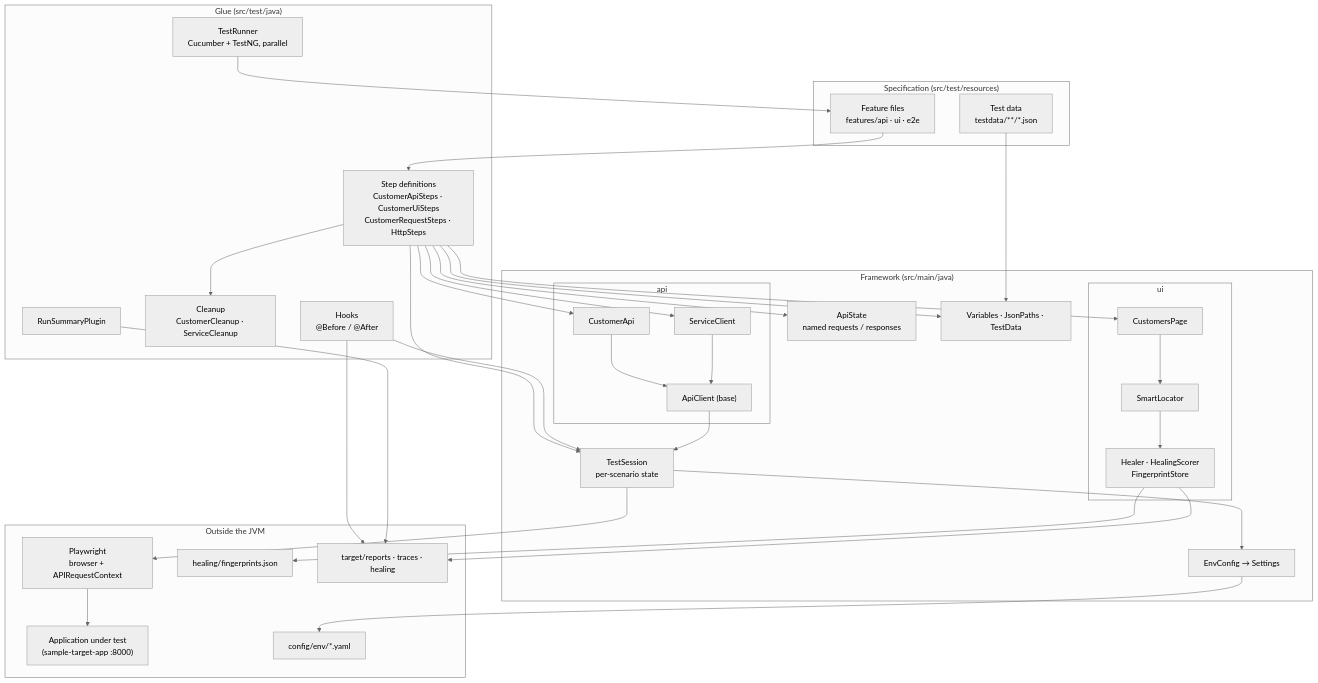
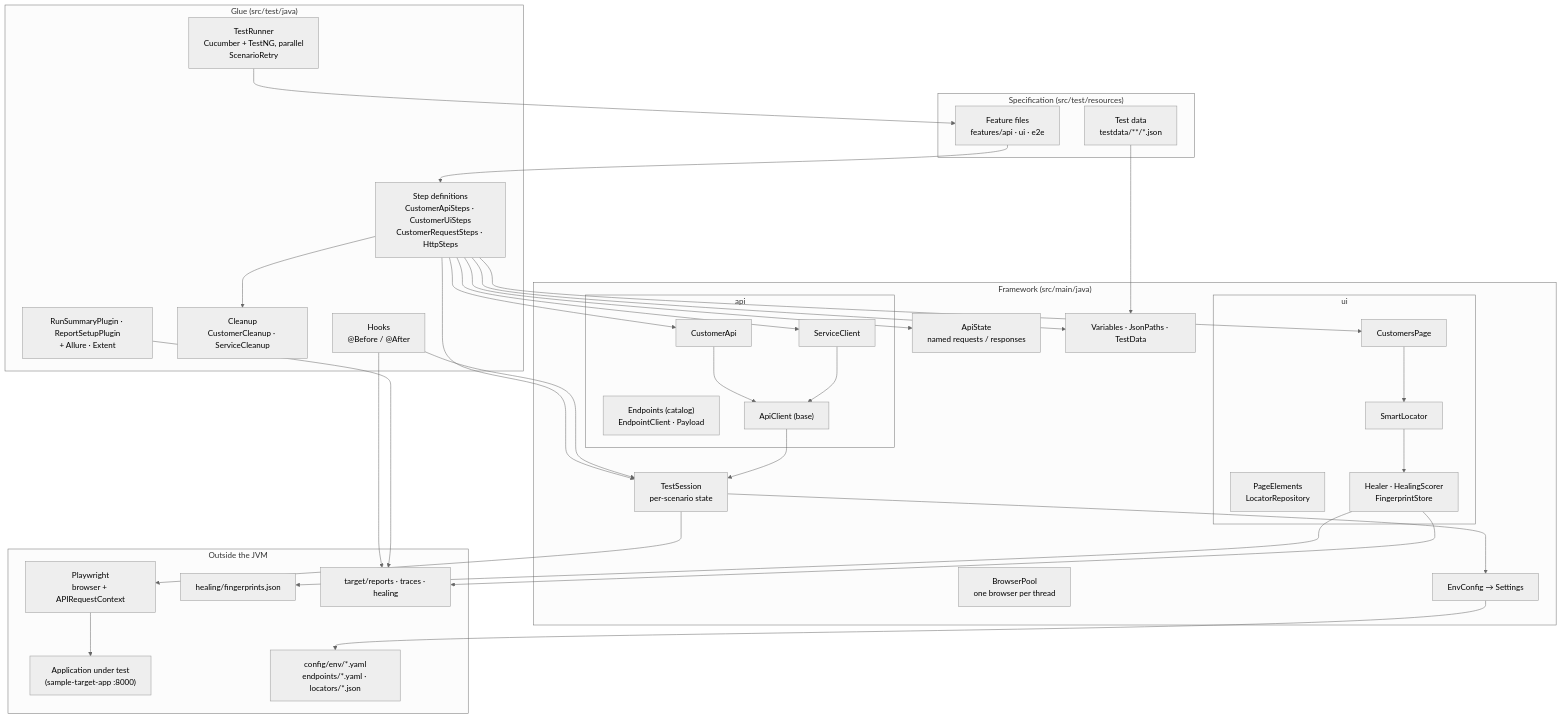
One commit to JayeshKumud/agentic-qa-java changed the first of 7 diagrams in docs/architecture.md. Above: the diagram before and after it, drawn with Mermaid (neutral theme). The commit also changed other lines of this file and 50 other files, not shown here.

````diff
--- a/docs/architecture.md
+++ b/docs/architecture.md
@@ -23,55 +23,58 @@
 ```mermaid
 flowchart TB
     subgraph Spec["Specification (src/test/resources)"]
         F["Feature files<br/>features/api · ui · e2e"]
         TD["Test data<br/>testdata/**/*.json"]
     end
 
     subgraph Glue["Glue (src/test/java)"]
-        R["TestRunner<br/>Cucumber + TestNG, parallel"]
+        R["TestRunner<br/>Cucumber + TestNG, parallel<br/>ScenarioRetry"]
         H["Hooks<br/>@Before / @After"]
         ST["Step definitions<br/>CustomerApiSteps · CustomerUiSteps<br/>CustomerRequestSteps · HttpSteps"]
         CL["Cleanup<br/>CustomerCleanup · ServiceCleanup"]
-        RP["RunSummaryPlugin"]
+        RP["RunSummaryPlugin · ReportSetupPlugin<br/>+ Allure · Extent"]
     end
 
     subgraph Core["Framework (src/main/java)"]
         S["TestSession<br/>per-scenario state"]
+        BP["BrowserPool<br/>one browser per thread"]
         AS["ApiState<br/>named requests / responses"]
         V["Variables · JsonPaths · TestData"]
         subgraph API["api"]
+            EP["Endpoints (catalog)<br/>EndpointClient · Payload"]
             AC["ApiClient (base)"]
             CA["CustomerApi"]
             SC["ServiceClient"]
         end
         subgraph UI["ui"]
             PO["CustomersPage"]
+            LR["PageElements<br/>LocatorRepository"]
             SL["SmartLocator"]
             HE["Healer · HealingScorer<br/>FingerprintStore"]
         end
         CFG["EnvConfig → Settings"]
     end
 
     subgraph Ext["Outside the JVM"]
         PW["Playwright<br/>browser + APIRequestContext"]
         APP["Application under test<br/>(sample-target-app :8000)"]
-        YAML["config/env/*.yaml"]
+        YAML["config/env/*.yaml<br/>endpoints/*.yaml · locators/*.json"]
         FP["healing/fingerprints.json"]
         OUT["target/reports · traces · healing"]
     end
 
     R --> F
     F --> ST
     ST --> S & AS & V & CA & SC & PO
     ST --> CL
     TD --> V
     H --> S
     CA & SC --> AC --> S
     PO --> SL --> HE
     S --> PW --> APP
     S --> CFG --> YAML
     HE --> FP
     H --> OUT
     RP --> OUT
     HE --> OUT
 ```
````
